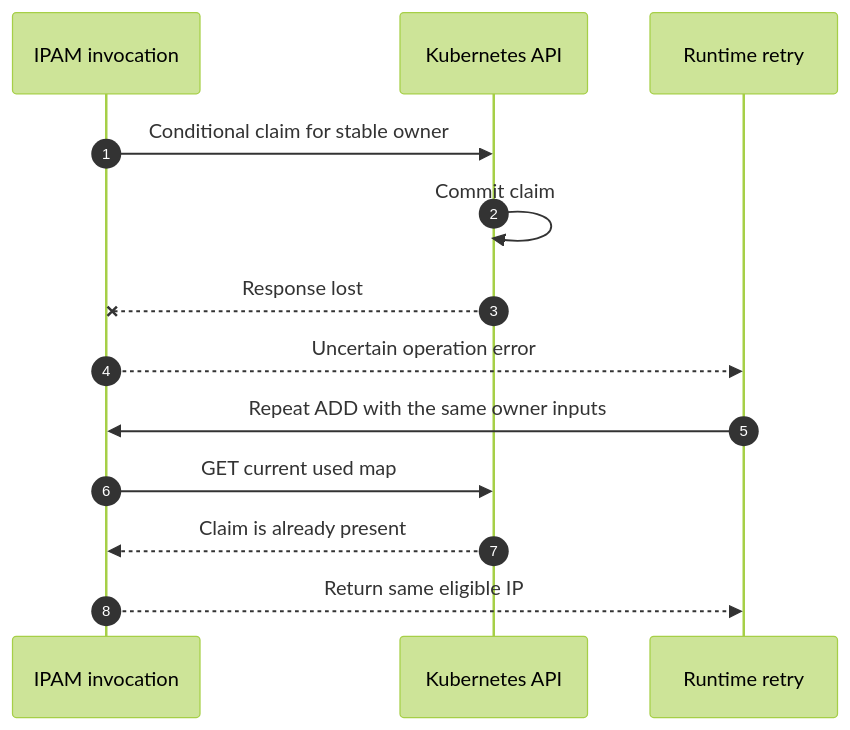
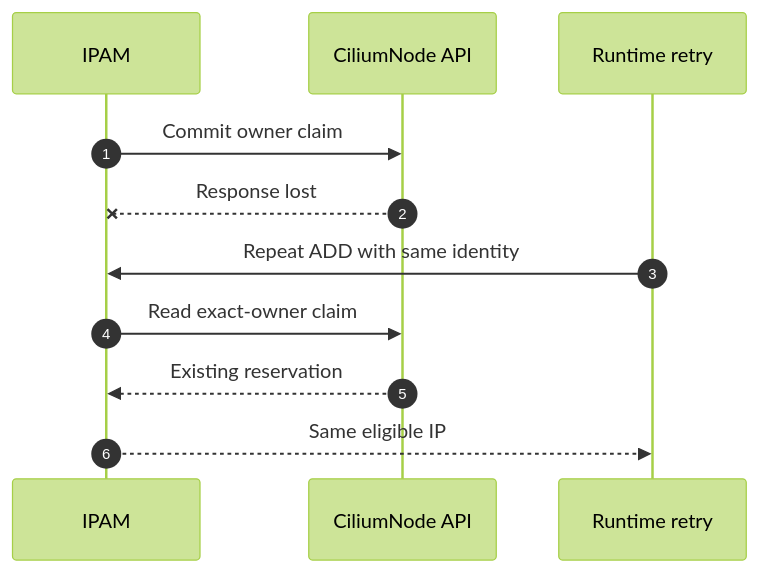
One commit to Azure/azure-container-networking changed the fifth of 9 diagrams in docs/cilium-operator-ipam.md. Above: the diagram before and after it, drawn with Mermaid (forest theme). The commit also changed other lines of this file, not shown here.

First line of the commit message:
Refocus the Cilium IPAM lifecycle proposal

````diff
--- a/docs/cilium-operator-ipam.md
+++ b/docs/cilium-operator-ipam.md
@@ -765,15 +239,13 @@
 ```mermaid
 sequenceDiagram
     autonumber
-    participant I as IPAM invocation
-    participant K as Kubernetes API
+    participant I as IPAM
+    participant K as CiliumNode API
     participant R as Runtime retry
-    I->>K: Conditional claim for stable owner
-    K->>K: Commit claim
+    I->>K: Commit owner claim
     K--xI: Response lost
-    I-->>R: Uncertain operation error
-    R->>I: Repeat ADD with the same owner inputs
-    I->>K: GET current used map
-    K-->>I: Claim is already present
-    I-->>R: Return same eligible IP
+    R->>I: Repeat ADD with same identity
+    I->>K: Read exact-owner claim
+    K-->>I: Existing reservation
+    I-->>R: Same eligible IP
 ```
````
